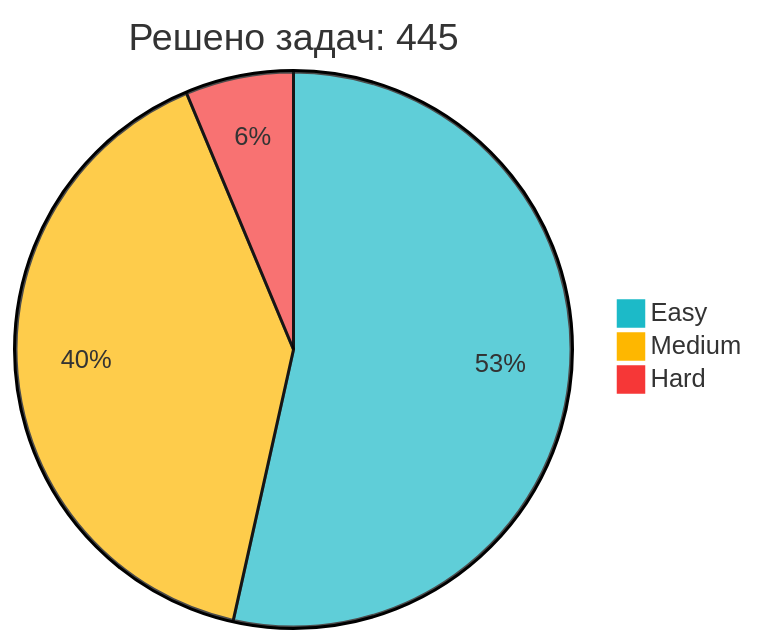
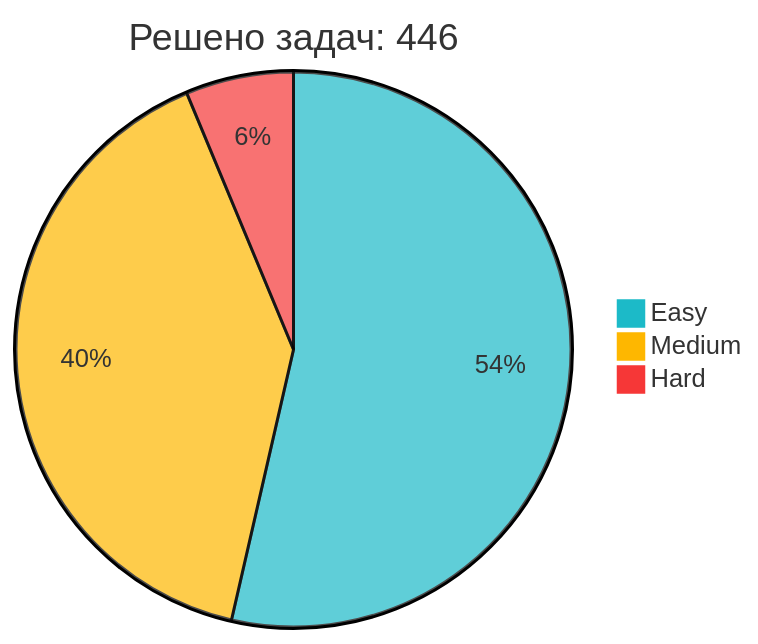
One commit to IliaKurdukov/IliaKurdukov changed the diagram in README.md. Above: the diagram before and after it, drawn with Mermaid. The commit also changed other lines of this file, not shown here.

Commit message:
📈 Обновление статистики LeetCode

````diff
--- a/README.md
+++ b/README.md
@@ -51,7 +51,7 @@
 ```mermaid
 %%{init: {'theme': 'base', 'themeVariables': { 'pie1': '#1CBAC8', 'pie2': '#FEB700', 'pie3': '#F63737' }, 'config': {'width': 300, 'height': 200}}}%%
-pie title Решено задач: 445
-   "Easy" : 238
+pie title Решено задач: 446
+   "Easy" : 239
    "Medium" : 179
    "Hard" : 28
 ```
````
